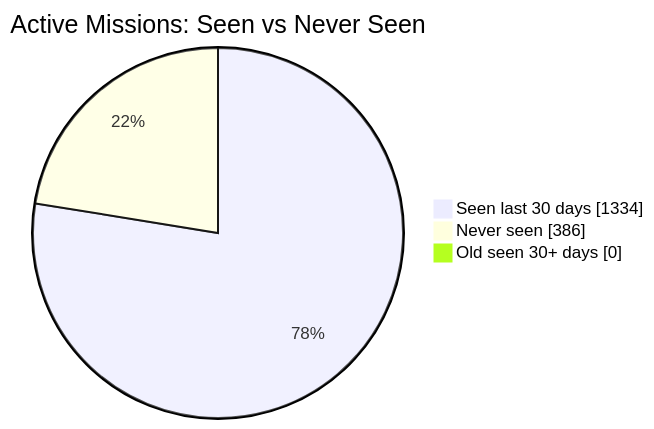
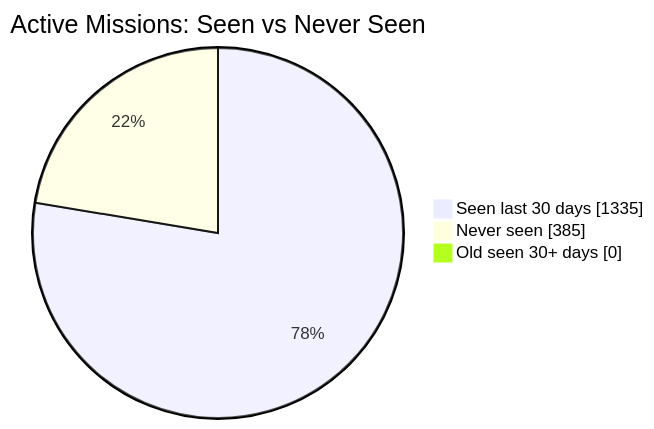
One commit to MeldkamerspelGameTeam/active-missions changed the first of 2 diagrams in README.md. Above: the diagram before and after it, drawn with Mermaid. The commit also changed other lines of this file and 3 other files, not shown here.

````diff
--- a/README.md
+++ b/README.md
@@ -34,7 +34,7 @@
 ```mermaid
 pie showData
     title Active Missions: Seen vs Never Seen
-    "Seen last 30 days" : 1334
-    "Never seen" : 386
+    "Seen last 30 days" : 1335
+    "Never seen" : 385
     "Old seen 30+ days" : 0
 ```
````
